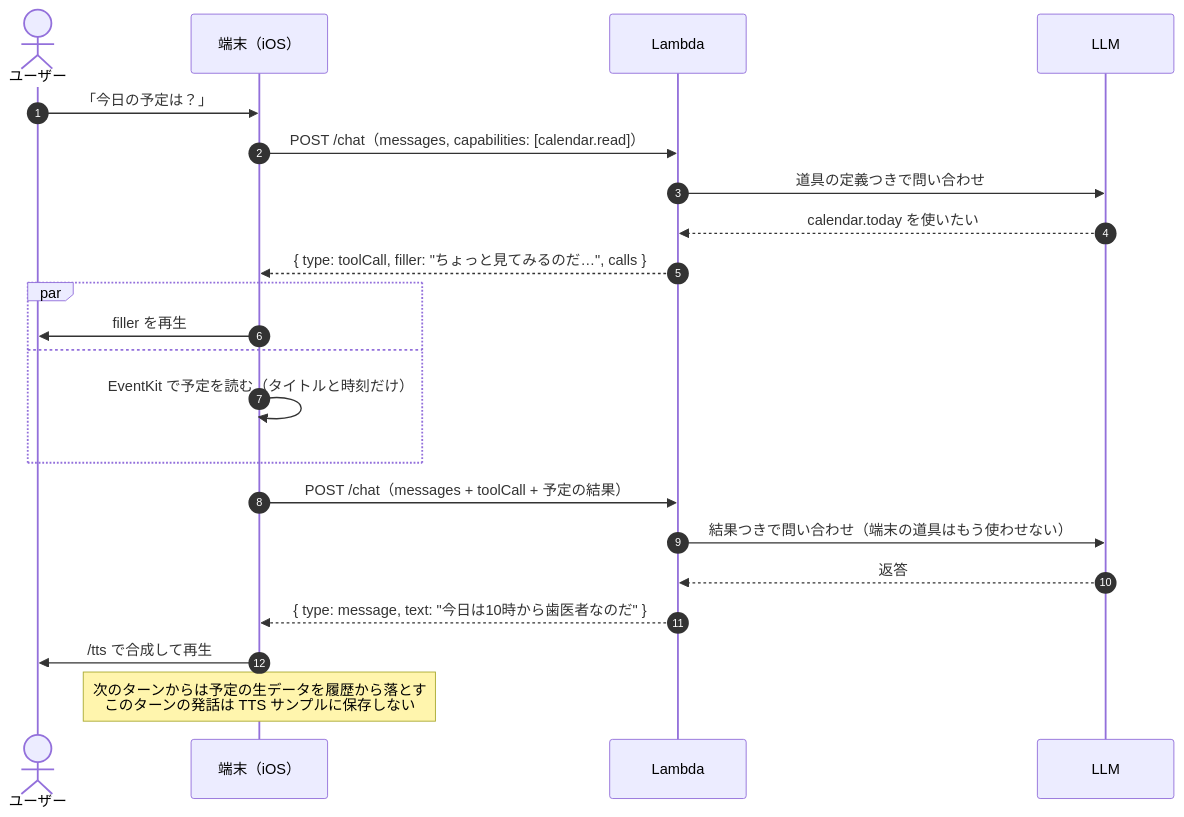
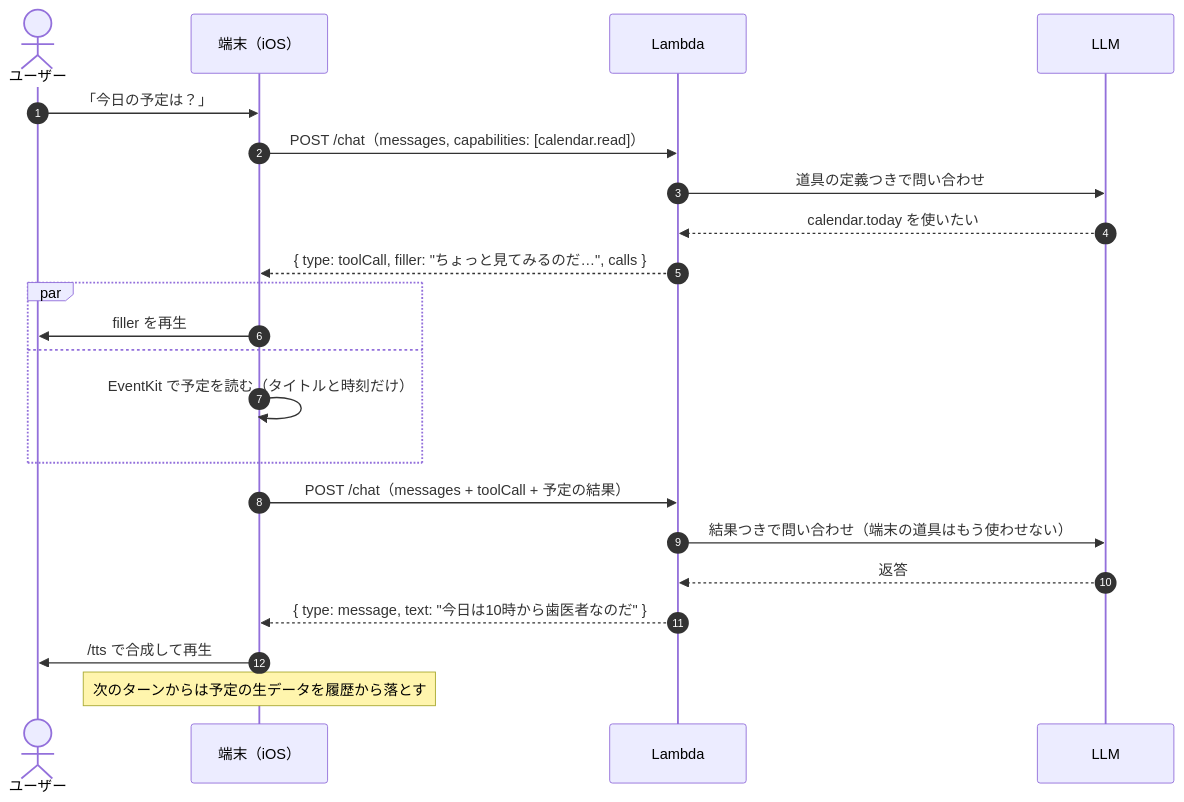
The second of 4 diagrams in docs/development/conversation-api-design.md (takoikatakotako/charalarm), drawn with Mermaid before and after one commit. The commit also changed other lines of this file and 2 other files, not shown here.

````diff
--- a/docs/development/conversation-api-design.md
+++ b/docs/development/conversation-api-design.md
@@ -75,25 +75,25 @@
 ```mermaid
 sequenceDiagram
     autonumber
     actor U as ユーザー
     participant App as 端末（iOS）
     participant API as Lambda
     participant LLM as LLM
 
     U->>App: 「今日の予定は？」
     App->>API: POST /chat（messages, capabilities: [calendar.read]）
     API->>LLM: 道具の定義つきで問い合わせ
     LLM-->>API: calendar.today を使いたい
     API-->>App: { type: toolCall, filler: "ちょっと見てみるのだ…", calls }
     par
         App->>U: filler を再生
     and
         App->>App: EventKit で予定を読む（タイトルと時刻だけ）
     end
     App->>API: POST /chat（messages + toolCall + 予定の結果）
     API->>LLM: 結果つきで問い合わせ（端末の道具はもう使わせない）
     LLM-->>API: 返答
     API-->>App: { type: message, text: "今日は10時から歯医者なのだ" }
     App->>U: /tts で合成して再生
-    Note over App: 次のターンからは予定の生データを履歴から落とす<br/>このターンの発話は TTS サンプルに保存しない
+    Note over App: 次のターンからは予定の生データを履歴から落とす
 ```
````
